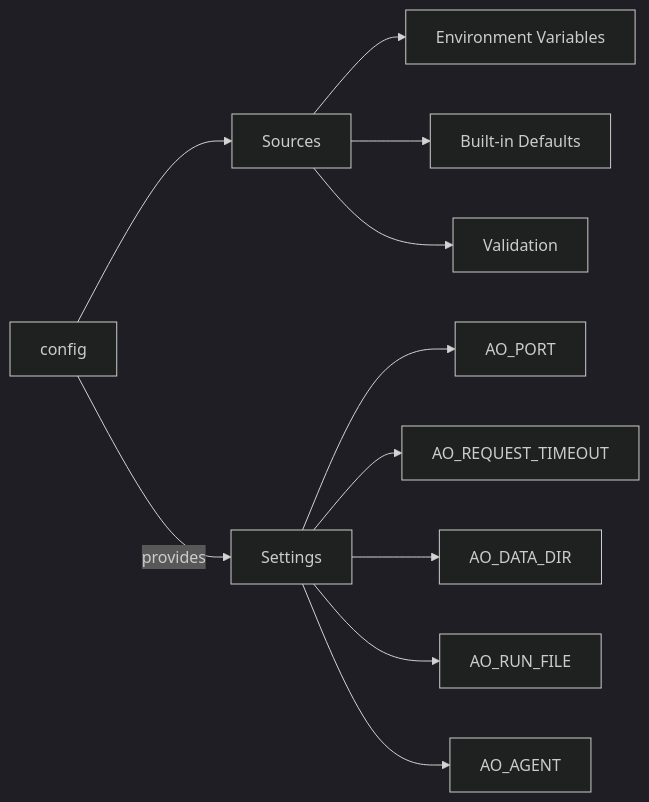
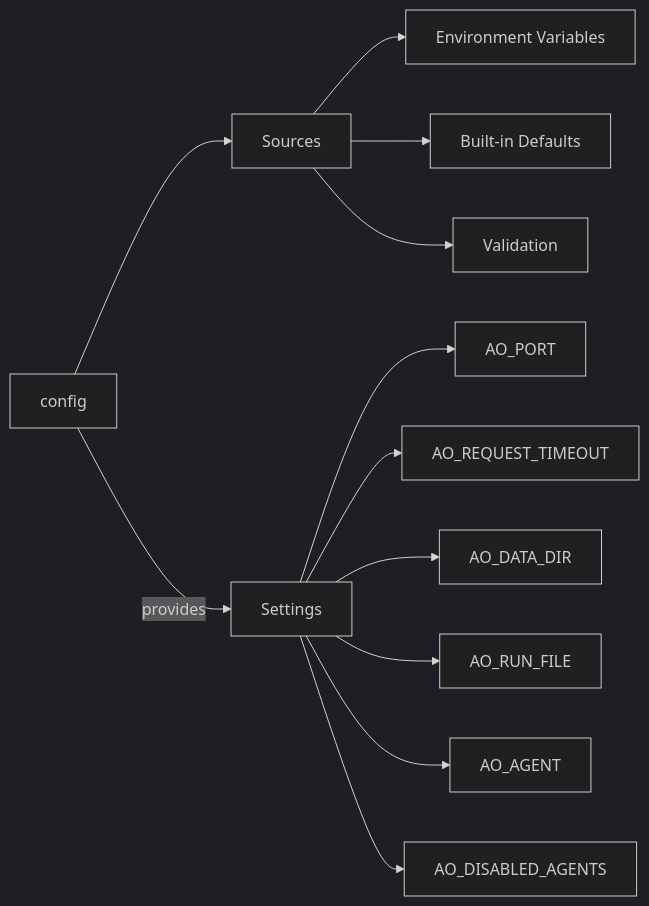
One commit to nic-kahuna/ReverbCode changed diagram 18 of 23 in docs/backend-code-structure.md. Above: the diagram before and after it, drawn with Mermaid (dark theme). The commit also changed other lines of this file and 44 other files, not shown here.

````diff
--- a/docs/backend-code-structure.md
+++ b/docs/backend-code-structure.md
@@ -681,17 +681,18 @@
 ```mermaid
 graph LR
     Config[config] --> Sources[Sources]
 
     Sources --> Env[Environment Variables]
     Sources --> Defaults[Built-in Defaults]
     Sources --> Validate[Validation]
 
     Config -->|provides| Settings[Settings]
 
     Settings --> Port[AO_PORT]
     Settings --> Timeout[AO_REQUEST_TIMEOUT]
     Settings --> DataDir[AO_DATA_DIR]
     Settings --> RunFile[AO_RUN_FILE]
     Settings --> Agent[AO_AGENT]
+    Settings --> DisabledAgents[AO_DISABLED_AGENTS]
 
 ```
````
